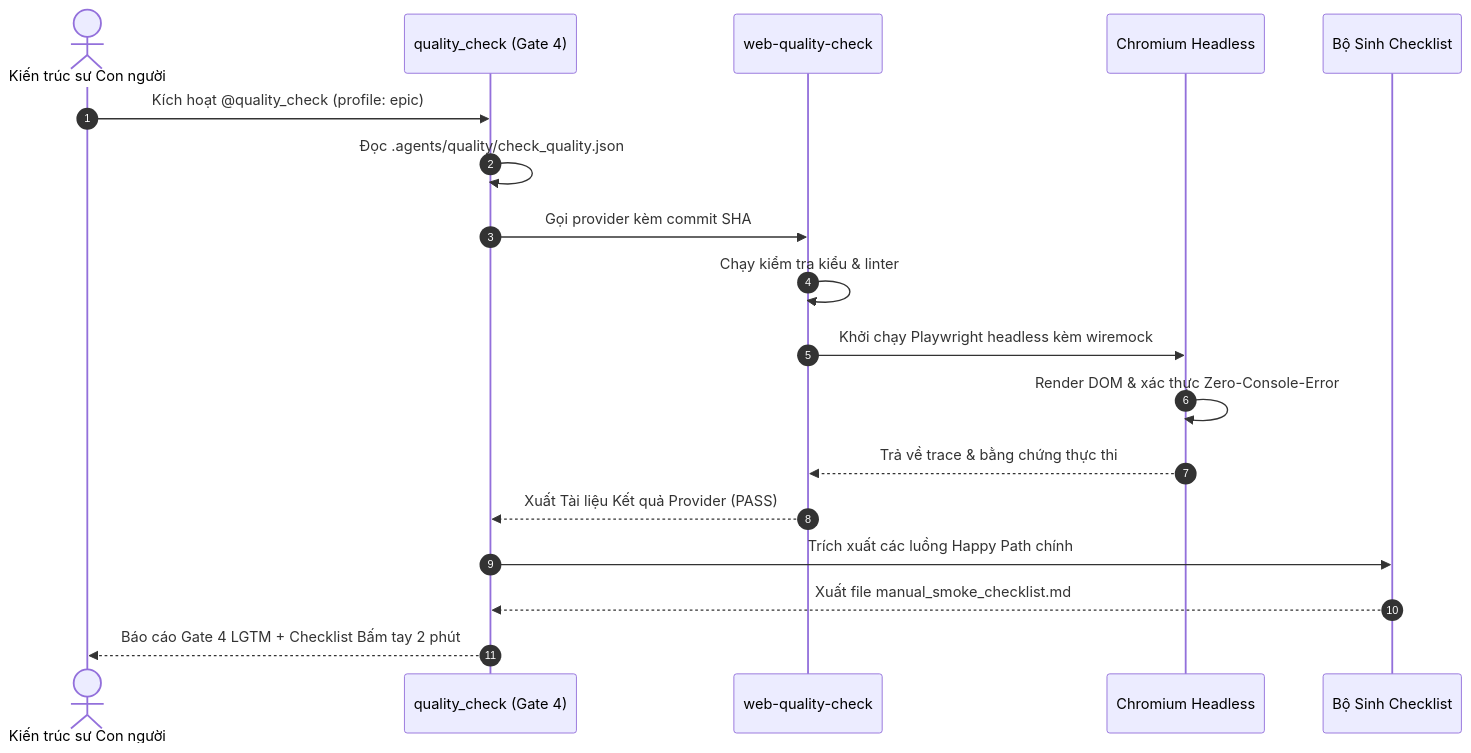
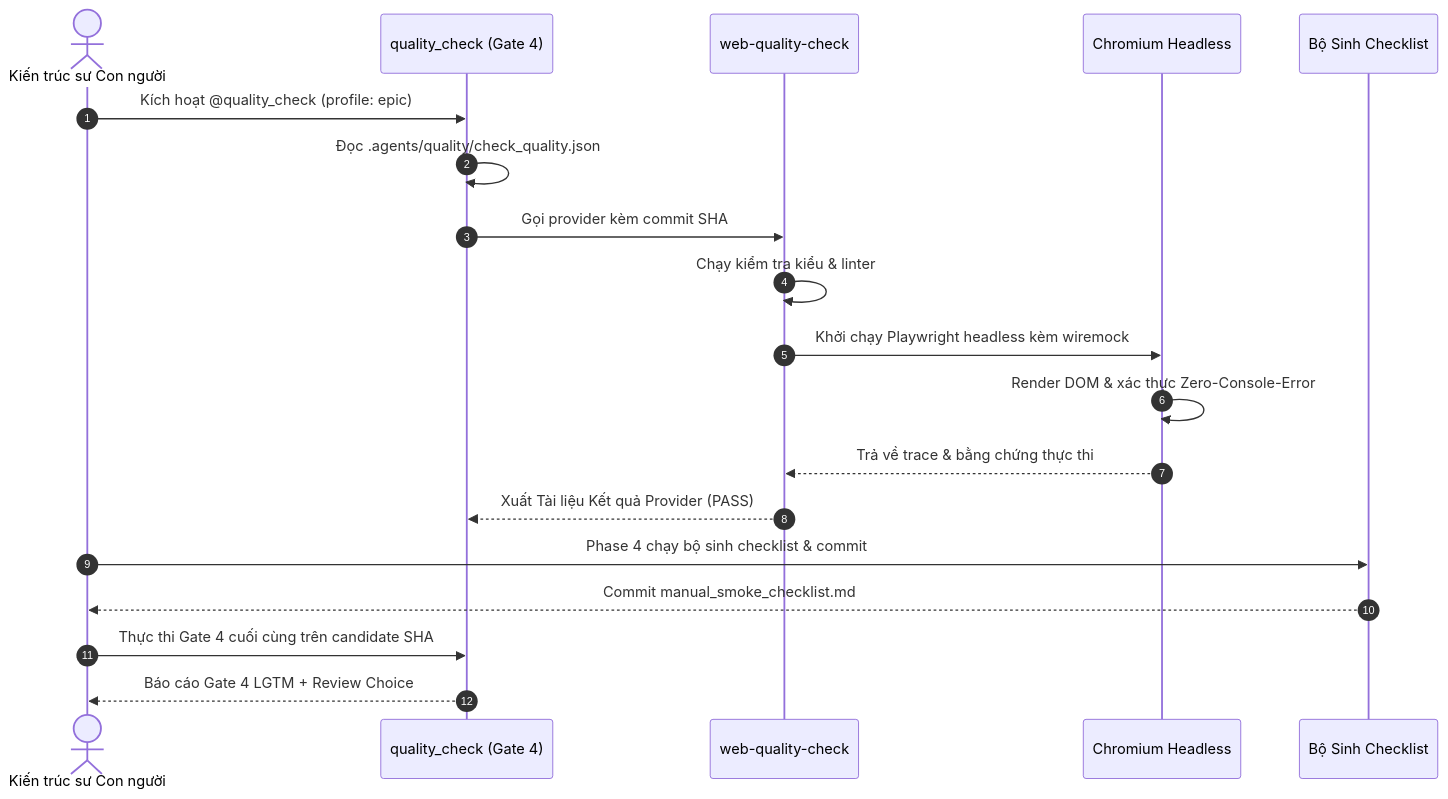
The third of 3 diagrams in .devtool/epic/web_quality_check_and_integration_gate/web_quality_check_and_integration_gate.vi.md (DanhDue/ai-agent-tools), drawn with Mermaid before and after one commit. The commit also changed other lines of this file and 13 other files, not shown here.

First line of the commit message:
[WEB_QUALITY_CHECK_AND_INTEGRATION_GATE] Revise epic after Principal Review round 1

````diff
--- a/.devtool/epic/web_quality_check_and_integration_gate/web_quality_check_and_integration_gate.vi.md
+++ b/.devtool/epic/web_quality_check_and_integration_gate/web_quality_check_and_integration_gate.vi.md
@@ -92,21 +92,22 @@
 ```mermaid
 sequenceDiagram
     autonumber
     actor Human as Kiến trúc sư Con người
     participant Gate as quality_check (Gate 4)
     participant Web as web-quality-check
     participant Playwright as Chromium Headless
     participant Gen as Bộ Sinh Checklist
 
     Human->>Gate: Kích hoạt @quality_check (profile: epic)
     Gate->>Gate: Đọc .agents/quality/check_quality.json
     Gate->>Web: Gọi provider kèm commit SHA
     Web->>Web: Chạy kiểm tra kiểu & linter
     Web->>Playwright: Khởi chạy Playwright headless kèm wiremock
     Playwright->>Playwright: Render DOM & xác thực Zero-Console-Error
     Playwright-->>Web: Trả về trace & bằng chứng thực thi
     Web-->>Gate: Xuất Tài liệu Kết quả Provider (PASS)
-    Gate->>Gen: Trích xuất các luồng Happy Path chính
-    Gen-->>Gate: Xuất file manual_smoke_checklist.md
-    Gate-->>Human: Báo cáo Gate 4 LGTM + Checklist Bấm tay 2 phút
+    Human->>Gen: Phase 4 chạy bộ sinh checklist & commit
+    Gen-->>Human: Commit manual_smoke_checklist.md
+    Human->>Gate: Thực thi Gate 4 cuối cùng trên candidate SHA
+    Gate-->>Human: Báo cáo Gate 4 LGTM + Review Choice
 ```
````
